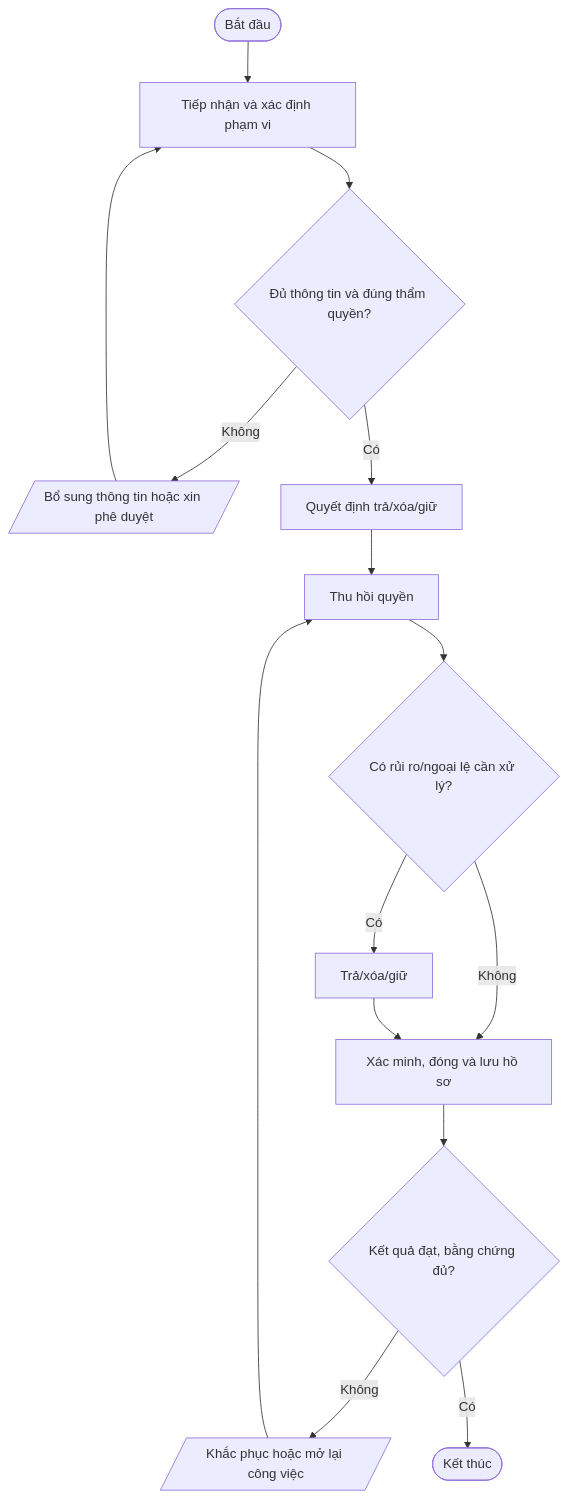
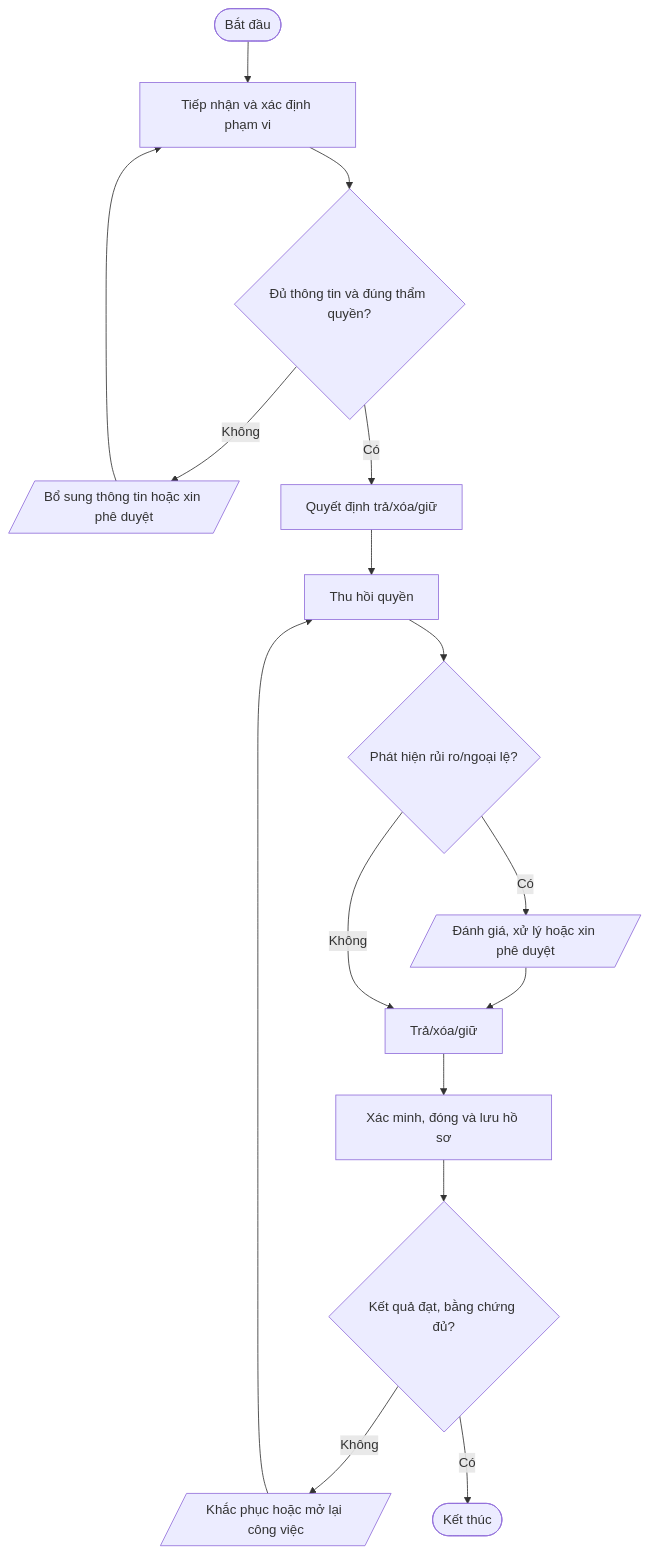
The third of 4 diagrams in quy-trinh/06-Ket-thuc-hop-dong/README.md (daoaigiangnam/Quy_Trinh_Chuan), drawn with Mermaid before and after one commit. The commit also changed other lines of this file, not shown here.

Commit message:
docs: correct procedure flowchart decision paths

````diff
--- a/quy-trinh/06-Ket-thuc-hop-dong/README.md
+++ b/quy-trinh/06-Ket-thuc-hop-dong/README.md
@@ -226,17 +228,18 @@
 ```mermaid
 flowchart TD
   A([Bắt đầu]) --> S1["Tiếp nhận và xác định phạm vi"]
   S1 --> D1{"Đủ thông tin và đúng thẩm quyền?"}
   D1 -- Không --> F1[/"Bổ sung thông tin hoặc xin phê duyệt"/]
   F1 --> S1
   D1 -- Có --> S2["Quyết định trả/xóa/giữ"]
   S2 --> S3["Thu hồi quyền"]
-  S3 --> D2{"Có rủi ro/ngoại lệ cần xử lý?"}
-  D2 -- Có --> S4["Trả/xóa/giữ"]
-  D2 -- Không --> S5["Xác minh, đóng và lưu hồ sơ"]
-  S4 --> S5
+  S3 --> D2{"Phát hiện rủi ro/ngoại lệ?"}
+  D2 -- Có --> RISK[/"Đánh giá, xử lý hoặc xin phê duyệt"/]
+  RISK --> S4["Trả/xóa/giữ"]
+  D2 -- Không --> S4
+  S4 --> S5["Xác minh, đóng và lưu hồ sơ"]
   S5 --> D3{"Kết quả đạt, bằng chứng đủ?"}
   D3 -- Không --> R[/"Khắc phục hoặc mở lại công việc"/]
   R --> S3
   D3 -- Có --> Z([Kết thúc])
 ```
````
